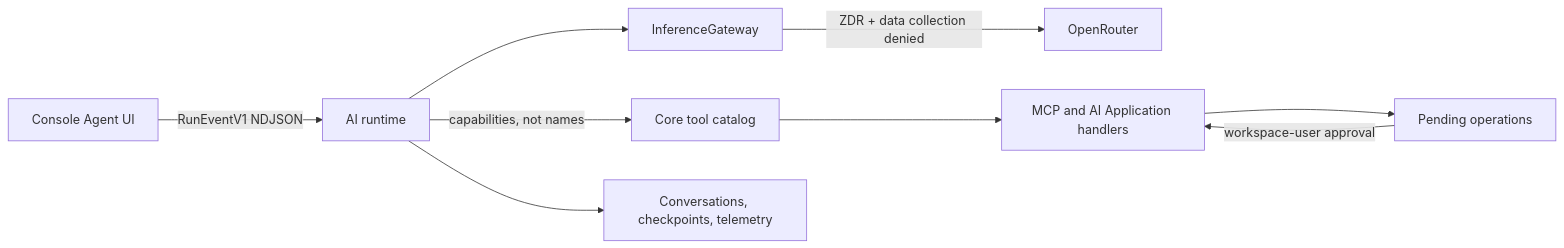
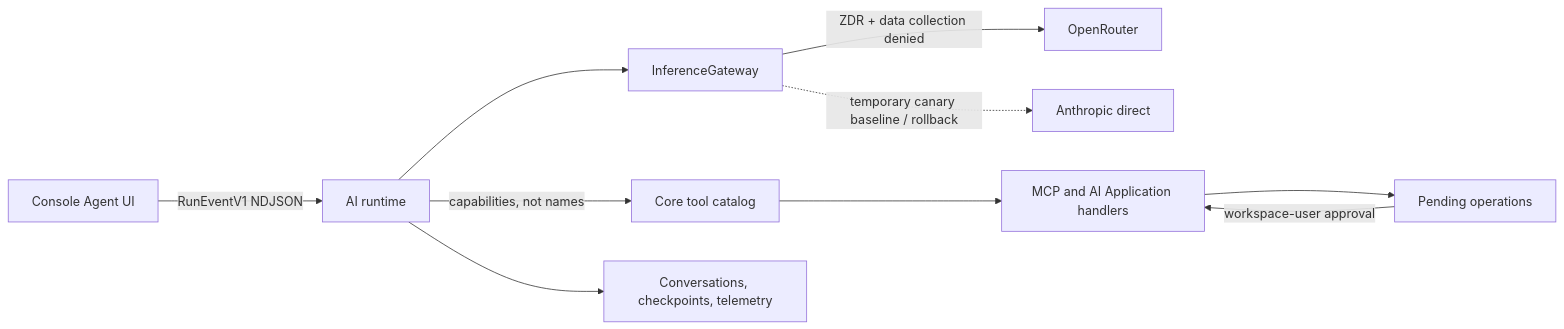
The diagram in docs/ai-runtime-operations.md (IrminData/irmin-platform), drawn with Mermaid before and after one commit. The commit also changed other lines of this file and 77 other files, not shown here.

````diff
--- a/docs/ai-runtime-operations.md
+++ b/docs/ai-runtime-operations.md
@@ -10,11 +10,12 @@
 ```mermaid
 flowchart LR
   UI["Console Agent UI"] -->|"RunEventV1 NDJSON"| AI["AI runtime"]
   AI --> GW["InferenceGateway"]
   GW -->|"ZDR + data collection denied"| OR["OpenRouter"]
+  GW -.->|"temporary canary baseline / rollback"| AN["Anthropic direct"]
   AI -->|"capabilities, not names"| CAT["Core tool catalog"]
   CAT --> MCP["MCP and AI Application handlers"]
   AI --> DB["Conversations, checkpoints, telemetry"]
   MCP --> OPS["Pending operations"]
   OPS -->|"workspace-user approval"| MCP
 ```
````
